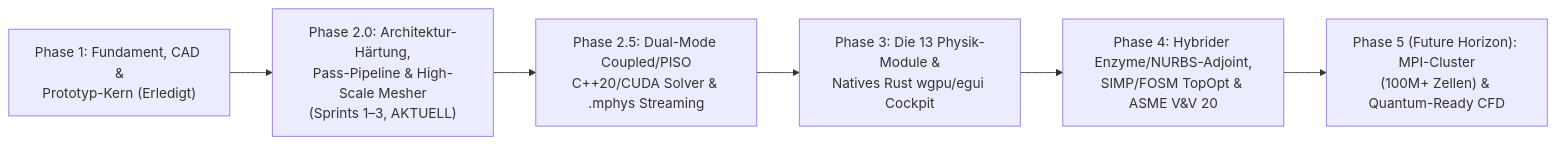
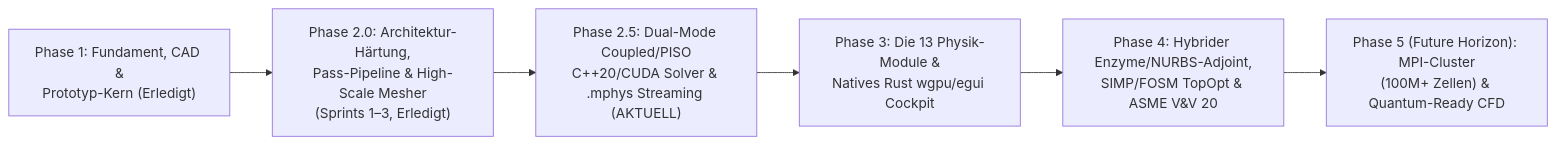
Before and after one commit to ihbml/MultiphysicsSolver: the diagram in ROADMAP.md, drawn with Mermaid. The commit also changed other lines of this file and 23 other files, not shown here.

````diff
--- a/ROADMAP.md
+++ b/ROADMAP.md
@@ -10,8 +10,8 @@
 ```mermaid
 flowchart LR
-    P1["Phase 1: Fundament, CAD &<br/>Prototyp-Kern (Erledigt)"] --> P20["Phase 2.0: Architektur-Härtung,<br/>Pass-Pipeline & High-Scale Mesher<br/>(Sprints 1–3, AKTUELL)"]
-    P20 --> P25["Phase 2.5: Dual-Mode Coupled/PISO<br/>C++20/CUDA Solver & .mphys Streaming"]
+    P1["Phase 1: Fundament, CAD &<br/>Prototyp-Kern (Erledigt)"] --> P20["Phase 2.0: Architektur-Härtung,<br/>Pass-Pipeline & High-Scale Mesher<br/>(Sprints 1–3, Erledigt)"]
+    P20 --> P25["Phase 2.5: Dual-Mode Coupled/PISO<br/>C++20/CUDA Solver & .mphys Streaming (AKTUELL)"]
     P25 --> P3["Phase 3: Die 13 Physik-Module &<br/>Natives Rust wgpu/egui Cockpit"]
     P3 --> P4["Phase 4: Hybrider Enzyme/NURBS-Adjoint,<br/>SIMP/FOSM TopOpt & ASME V&V 20"]
     P4 --> P5["Phase 5 (Future Horizon): MPI-Cluster<br/>(100M+ Zellen) & Quantum-Ready CFD"]
 ```
````
